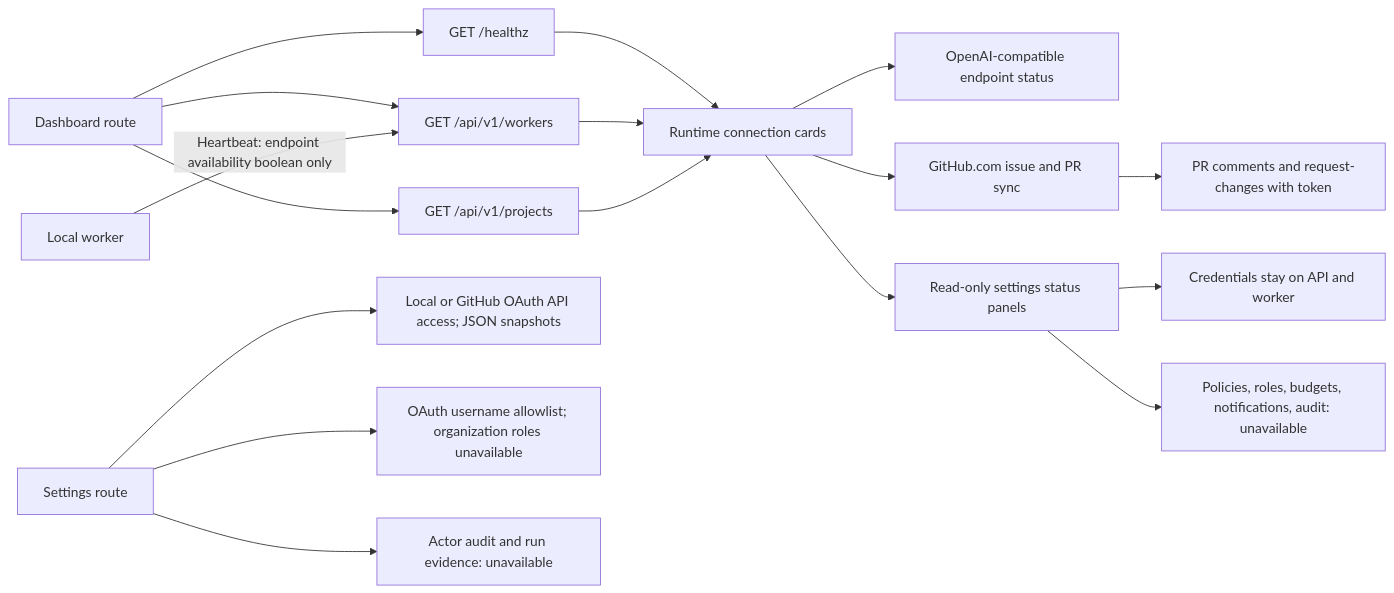
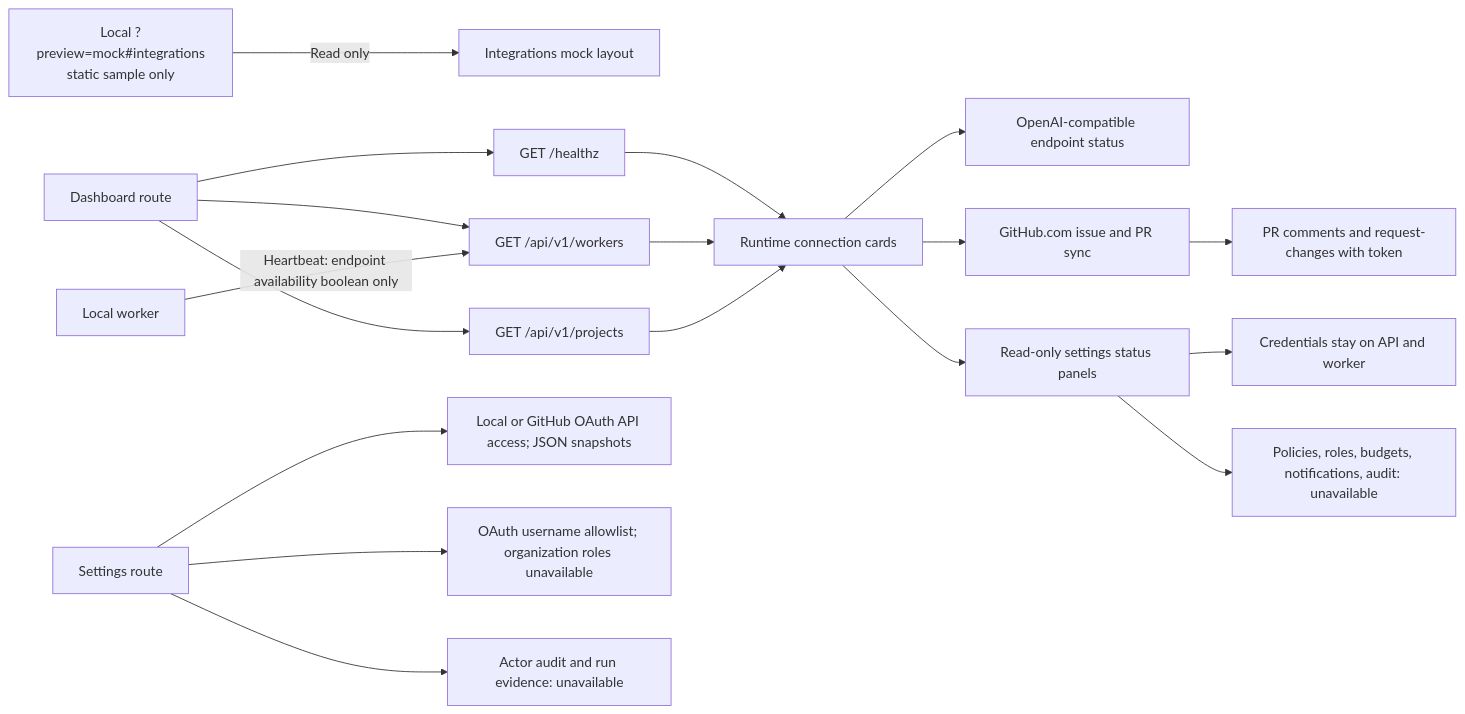
Before and after one commit to bogdaniel/zenchron-engineering-os: the diagram in docs/features/system-settings-and-integrations.md, drawn with Mermaid. The commit also changed other lines of this file and 6 other files, not shown here.

Commit message:
Add local Integrations mock preview

````diff
--- a/docs/features/system-settings-and-integrations.md
+++ b/docs/features/system-settings-and-integrations.md
@@ -12,19 +14,20 @@
 ```mermaid
 flowchart LR
+    Preview[Local ?preview=mock#integrations<br/>static sample only] -->|Read only| Mock[Integrations mock layout]
     Browser[Dashboard route] --> APIHealth[GET /healthz]
     Browser --> Workers[GET /api/v1/workers]
     Browser --> Projects[GET /api/v1/projects]
     Worker[Local worker] -->|Heartbeat: endpoint availability boolean only| Workers
     APIHealth --> Integrations[Runtime connection cards]
     Workers --> Integrations
     Projects --> Integrations
     Integrations --> Model[OpenAI-compatible endpoint status]
     Integrations --> GitHub[GitHub.com issue and PR sync]
     GitHub --> PRReview[PR comments and request-changes with token]
     Integrations --> Boundaries[Read-only settings status panels]
     Boundaries --> Secrets[Credentials stay on API and worker]
     Boundaries --> Missing[Policies, roles, budgets, notifications, audit: unavailable]
     Settings[Settings route] --> Boundary[Local or GitHub OAuth API access; JSON snapshots]
     Settings --> Access[OAuth username allowlist; organization roles unavailable]
     Settings --> Audit[Actor audit and run evidence: unavailable]
 ```
````
